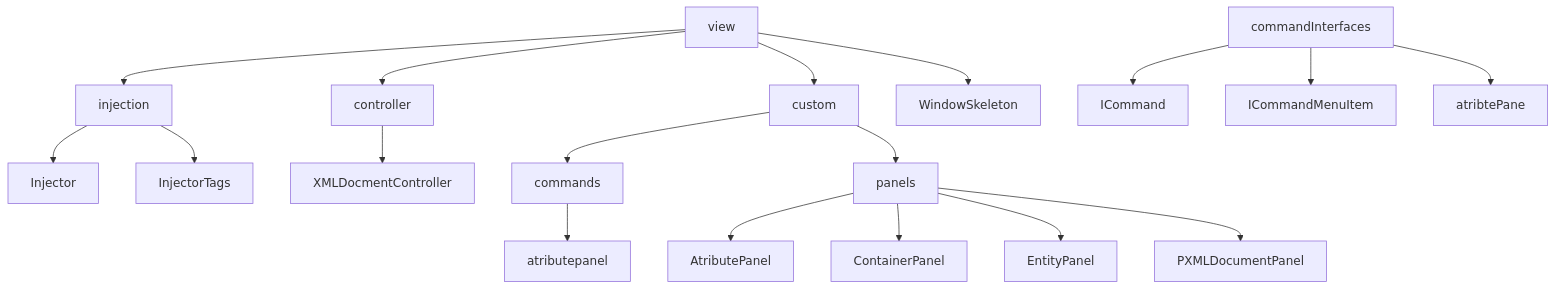
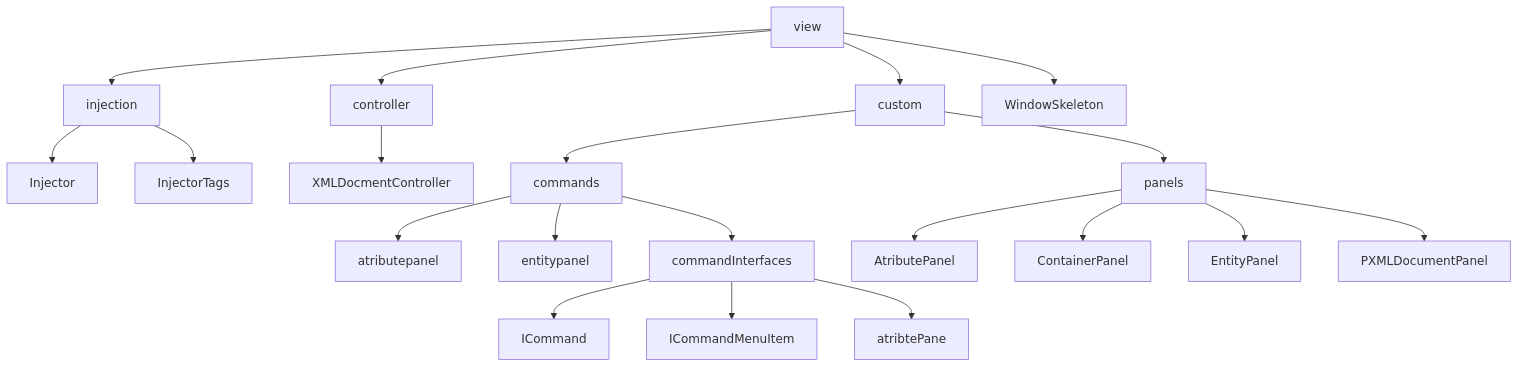
Before and after one commit to JoaoAlmeida-dev/XML-Generator-API-AdvancedProgramming: the second of 2 diagrams in README.md, drawn with Mermaid. The commit also changed other lines of this file and 10 other files, not shown here.

````diff
--- a/README.md
+++ b/README.md
@@ -72,25 +72,27 @@
 ```mermaid
 graph TD;
    view --> custom
    view --> injection
    view --> controller
    view --> WindowSkeleton
    
    injection --> Injector
    injection --> InjectorTags
    
    controller --> XMLDocmentController
    
    custom --> commands
    commands --> atributepanel
+   commands --> entitypanel 
+   commands --> commandInterfaces
    commandInterfaces --> ICommand
    commandInterfaces --> ICommandMenuItem
    commandInterfaces --> atribtePane
    
    custom --> panels
    panels --> AtributePanel
    panels --> ContainerPanel
    panels --> EntityPanel
    panels --> PXMLDocumentPanel
    
 ```
````
